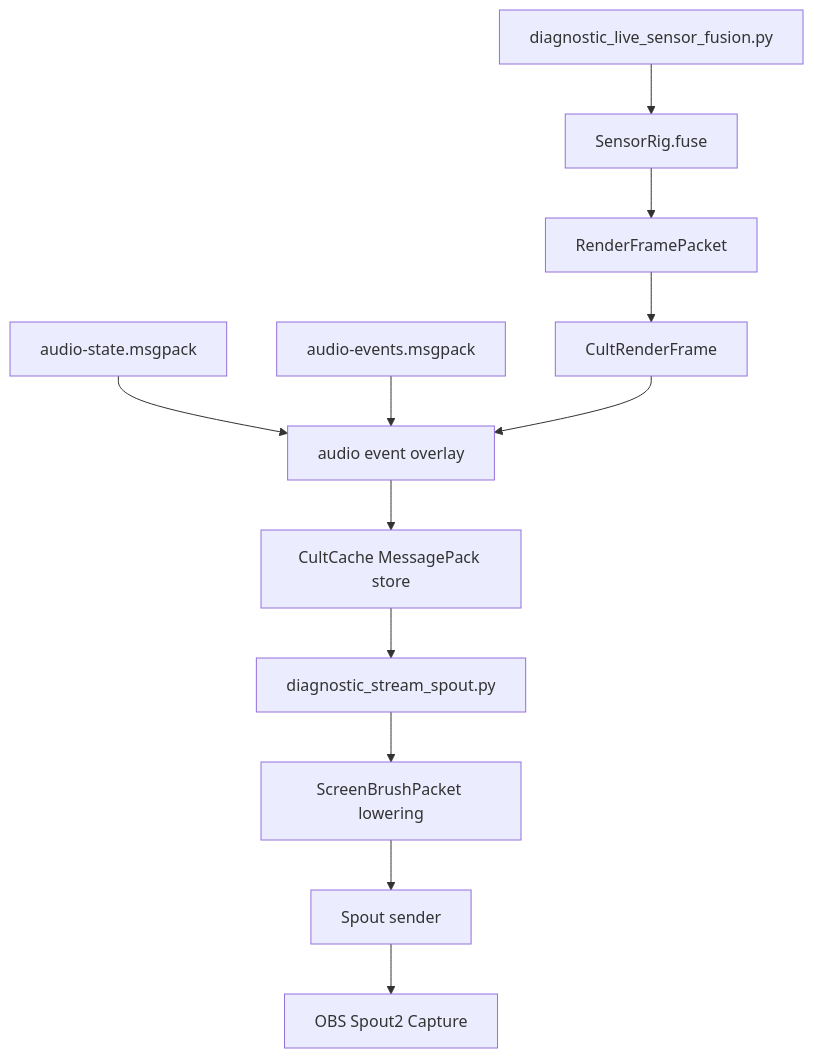
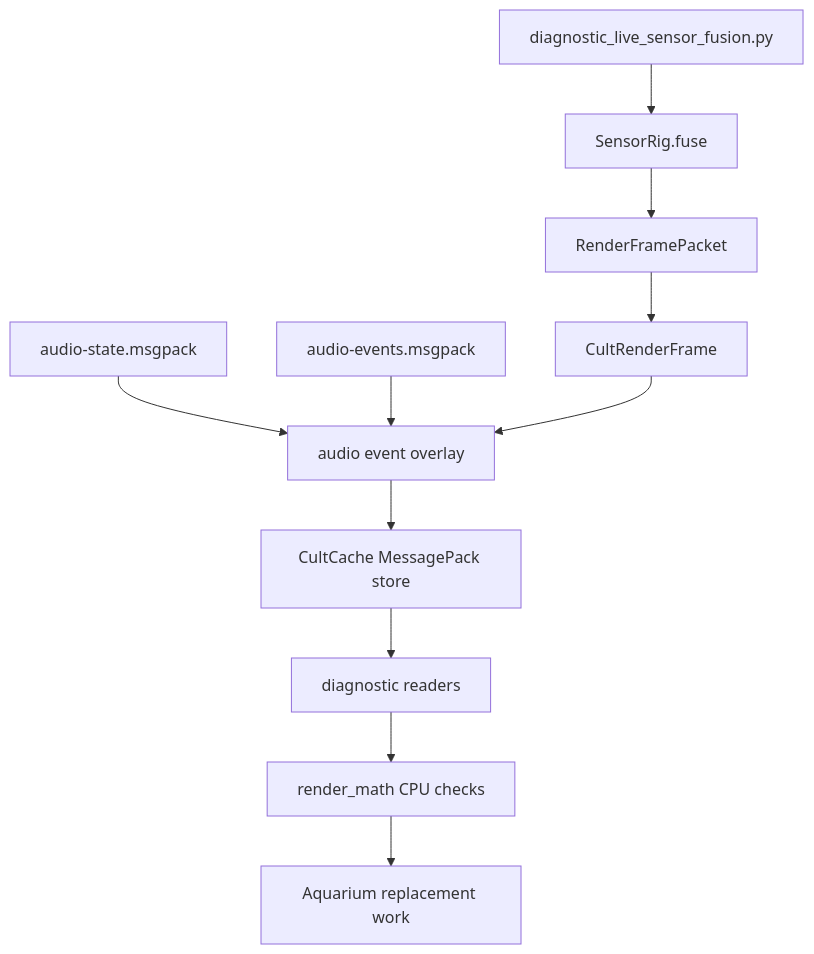
One commit to GameCult/Mimir changed the diagram in docs/typed-visual-state.md. Above: the diagram before and after it, drawn with Mermaid. The commit also changed other lines of this file and 11 other files, not shown here.

````diff
--- a/docs/typed-visual-state.md
+++ b/docs/typed-visual-state.md
@@ -15,14 +15,13 @@
 ```mermaid
 flowchart TD
     A["diagnostic_live_sensor_fusion.py"] --> B["SensorRig.fuse"]
     B --> C["RenderFramePacket"]
     C --> D["CultRenderFrame"]
     X["audio-state.msgpack"] --> Y["audio event overlay"]
     Z["audio-events.msgpack"] --> Y
     D --> Y
     Y --> E["CultCache MessagePack store"]
-    E --> F["diagnostic_stream_spout.py"]
-    F --> G["ScreenBrushPacket lowering"]
-    G --> H["Spout sender"]
-    H --> I["OBS Spout2 Capture"]
+    E --> F["diagnostic readers"]
+    F --> G["render_math CPU checks"]
+    G --> H["Aquarium replacement work"]
 ```
````
